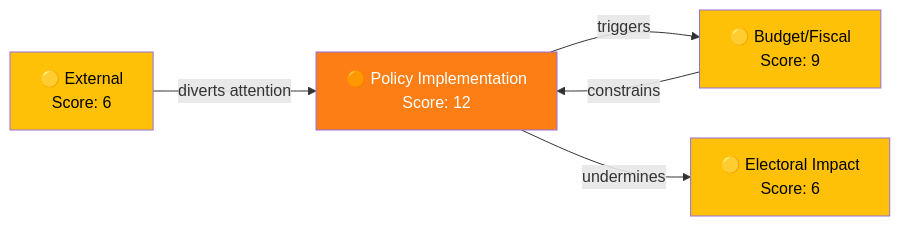
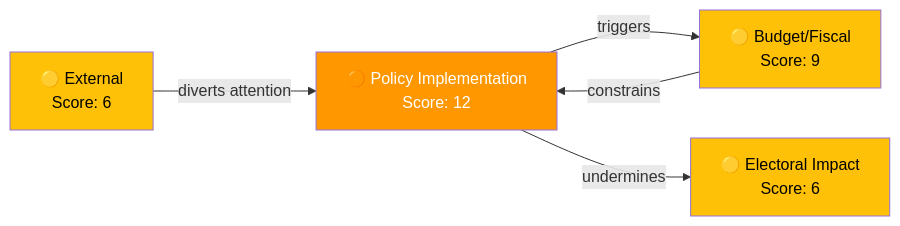
The second of 2 diagrams in analysis/daily/2026-04-06/realtime-1029/risk-assessment.md (Hack23/riksdagsmonitor), drawn with Mermaid before and after one commit. The commit also changed other lines of this file and 785 other files, not shown here.

First line of the commit message:
Normalize mermaid colors across 786 analysis artifacts to ISMS Style Guide palette

````diff
--- a/analysis/daily/2026-04-06/realtime-1029/risk-assessment.md
+++ b/analysis/daily/2026-04-06/realtime-1029/risk-assessment.md
@@ -71,12 +71,12 @@
 ```mermaid
 graph LR
     A["🟠 Policy Implementation<br/>Score: 12"] -->|"triggers"| B["🟡 Budget/Fiscal<br/>Score: 9"]
     A -->|"undermines"| C["🟡 Electoral Impact<br/>Score: 6"]
     B -->|"constrains"| A
     D["🟡 External<br/>Score: 6"] -->|"diverts attention"| A
 
-    style A fill:#fd7e14,color:#fff
-    style B fill:#ffc107,color:#000
-    style C fill:#ffc107,color:#000
-    style D fill:#ffc107,color:#000
+    style A fill:#FF9800,color:#FFFFFF
+    style B fill:#FFC107,color:#000000
+    style C fill:#FFC107,color:#000000
+    style D fill:#FFC107,color:#000000
 ```
````
